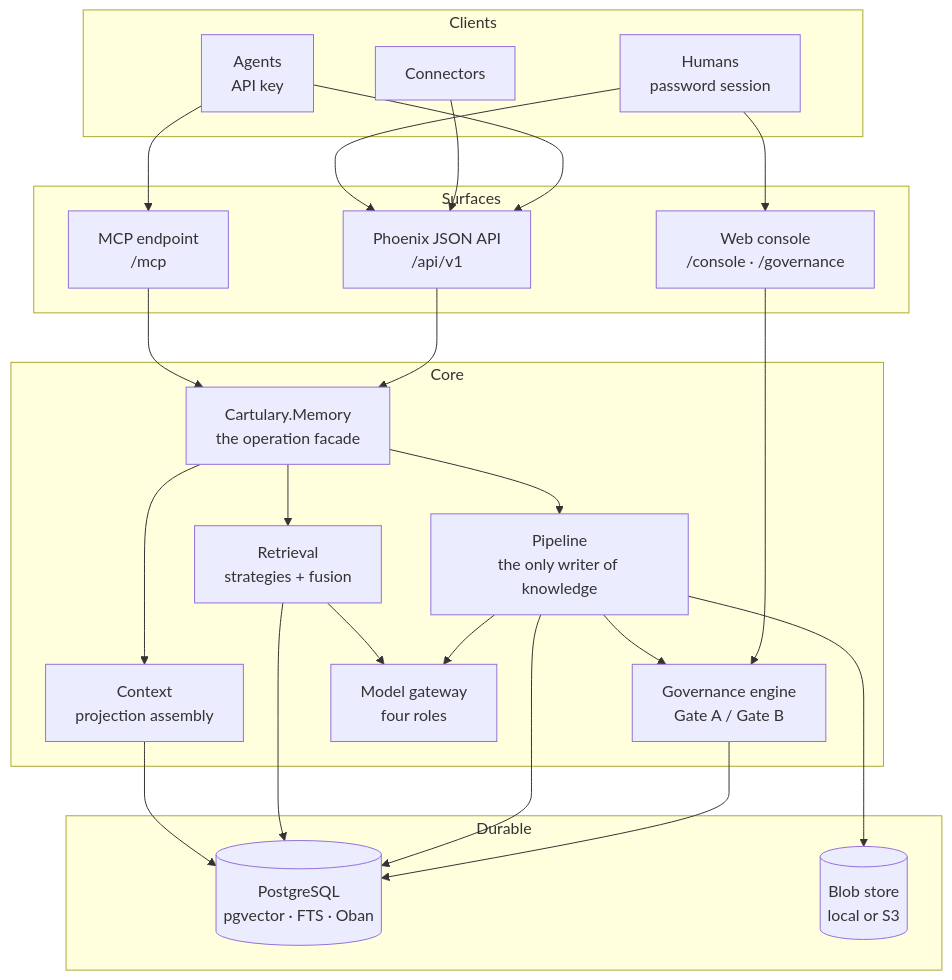
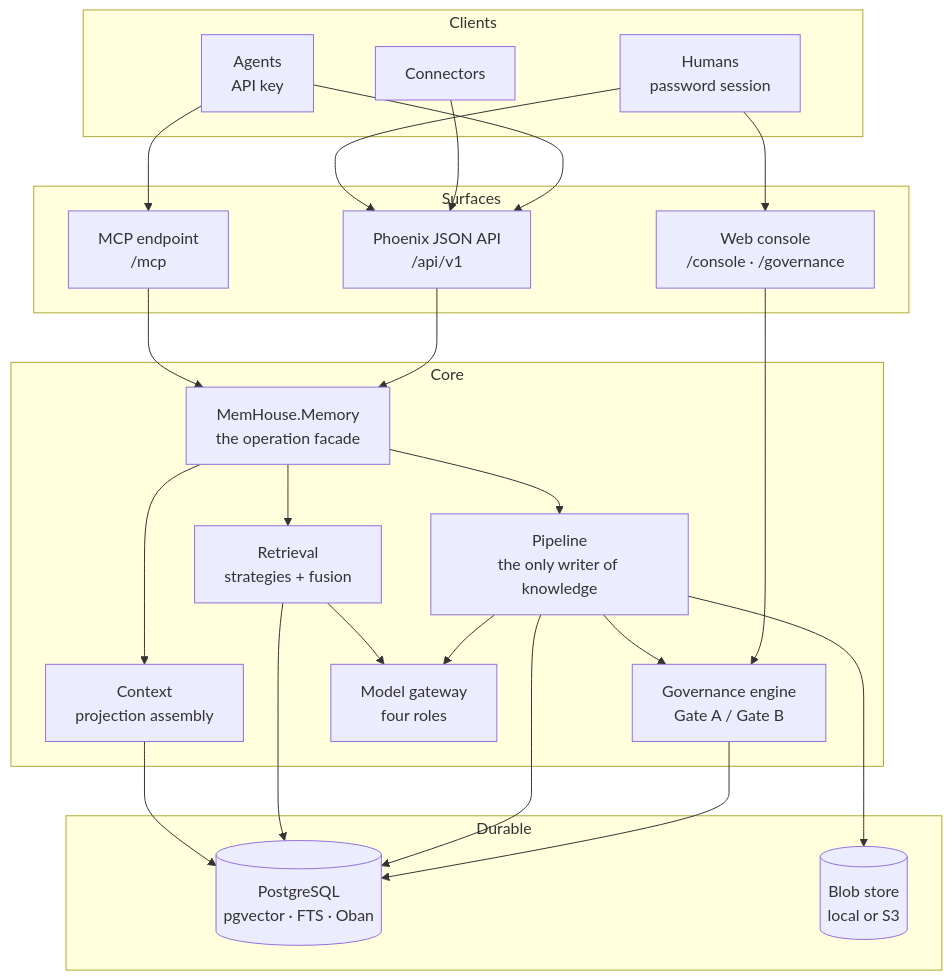
The first of 2 diagrams in docs/concepts/index.md (cartularyhq/cartulary), drawn with Mermaid before and after one commit. The commit also changed other lines of this file and 410 other files, not shown here.

Commit message:
rename to MemHouse

````diff
--- a/docs/concepts/index.md
+++ b/docs/concepts/index.md
@@ -9,50 +9,50 @@
 ```mermaid
 flowchart TB
     subgraph Clients
         AG[Agents<br/>API key]
         HU[Humans<br/>password session]
         CN[Connectors]
     end
 
     subgraph Surfaces
         HTTP["Phoenix JSON API<br/>/api/v1"]
         MCP["MCP endpoint<br/>/mcp"]
         LV["Web console<br/>/console · /governance"]
     end
 
     subgraph Core
-        MEM["Cartulary.Memory<br/>the operation facade"]
+        MEM["MemHouse.Memory<br/>the operation facade"]
         PIPE["Pipeline<br/>the only writer of knowledge"]
         GOV["Governance engine<br/>Gate A / Gate B"]
         RET["Retrieval<br/>strategies + fusion"]
         CTX["Context<br/>projection assembly"]
         MOD["Model gateway<br/>four roles"]
     end
 
     subgraph Durable
         PG[("PostgreSQL<br/>pgvector · FTS · Oban")]
         BLOB[("Blob store<br/>local or S3")]
     end
 
     AG --> HTTP
     AG --> MCP
     CN --> HTTP
     HU --> HTTP
     HU --> LV
 
     HTTP --> MEM
     MCP --> MEM
     LV --> GOV
 
     MEM --> PIPE
     MEM --> RET
     MEM --> CTX
     PIPE --> GOV
     PIPE --> MOD
     RET --> MOD
     GOV --> PG
     PIPE --> PG
     RET --> PG
     CTX --> PG
     PIPE --> BLOB
 ```
````
